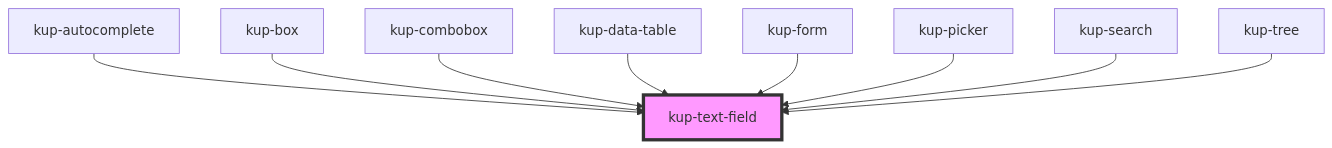
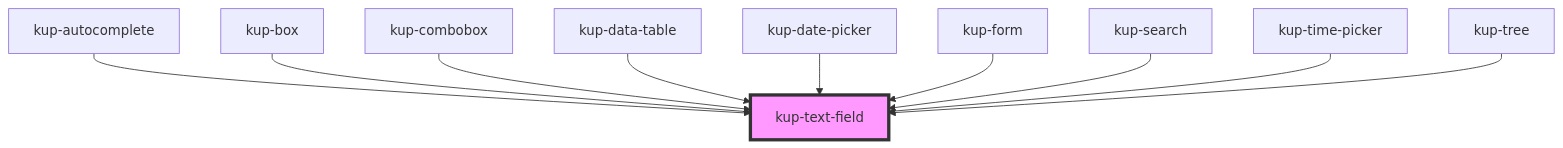
Before and after one commit to smeup/ketchup: the diagram in packages/ketchup/src/components/kup-text-field/readme.md, drawn with Mermaid. The commit also changed other lines of this file and 34 other files, not shown here.

Commit message:
kup-date-picker and kup-time-picker

````diff
--- a/packages/ketchup/src/components/kup-text-field/readme.md
+++ b/packages/ketchup/src/components/kup-text-field/readme.md
@@ -82,12 +83,13 @@
 ```mermaid
 graph TD;
   kup-autocomplete --> kup-text-field
   kup-box --> kup-text-field
   kup-combobox --> kup-text-field
   kup-data-table --> kup-text-field
+  kup-date-picker --> kup-text-field
   kup-form --> kup-text-field
-  kup-picker --> kup-text-field
   kup-search --> kup-text-field
+  kup-time-picker --> kup-text-field
   kup-tree --> kup-text-field
   style kup-text-field fill:#f9f,stroke:#333,stroke-width:4px
 ```
````
